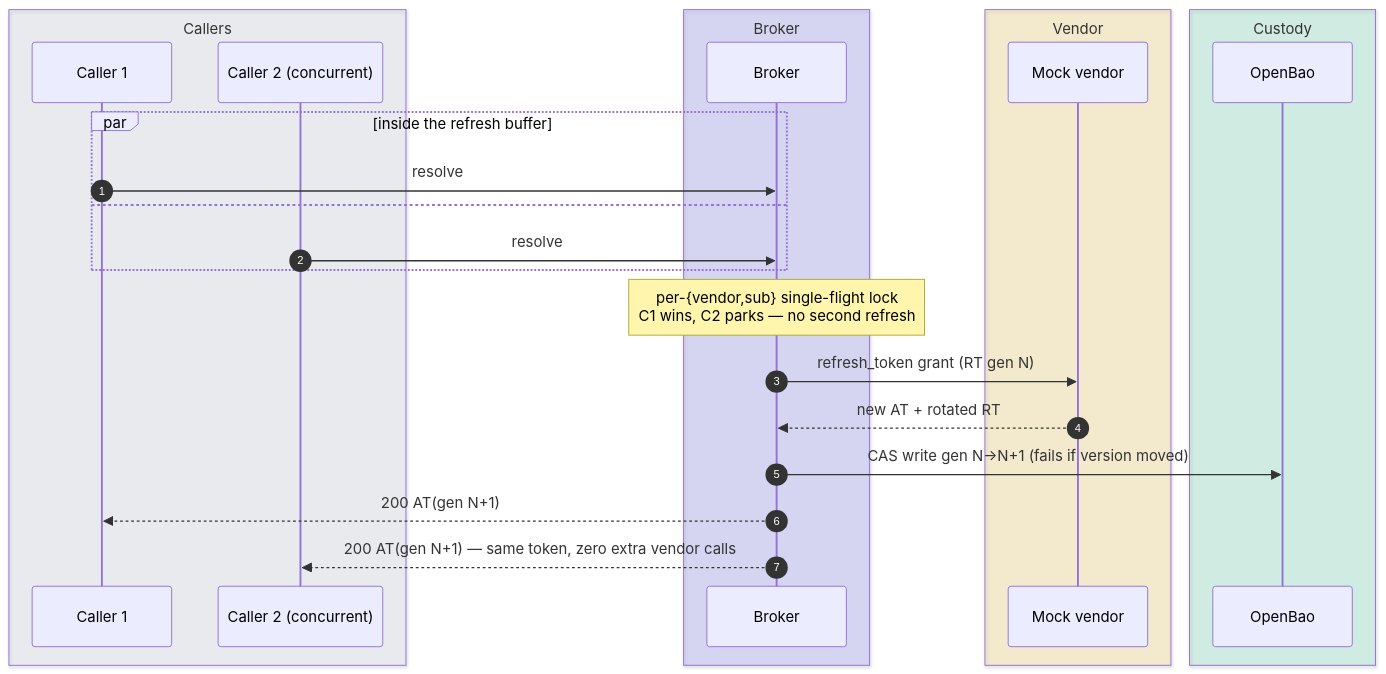
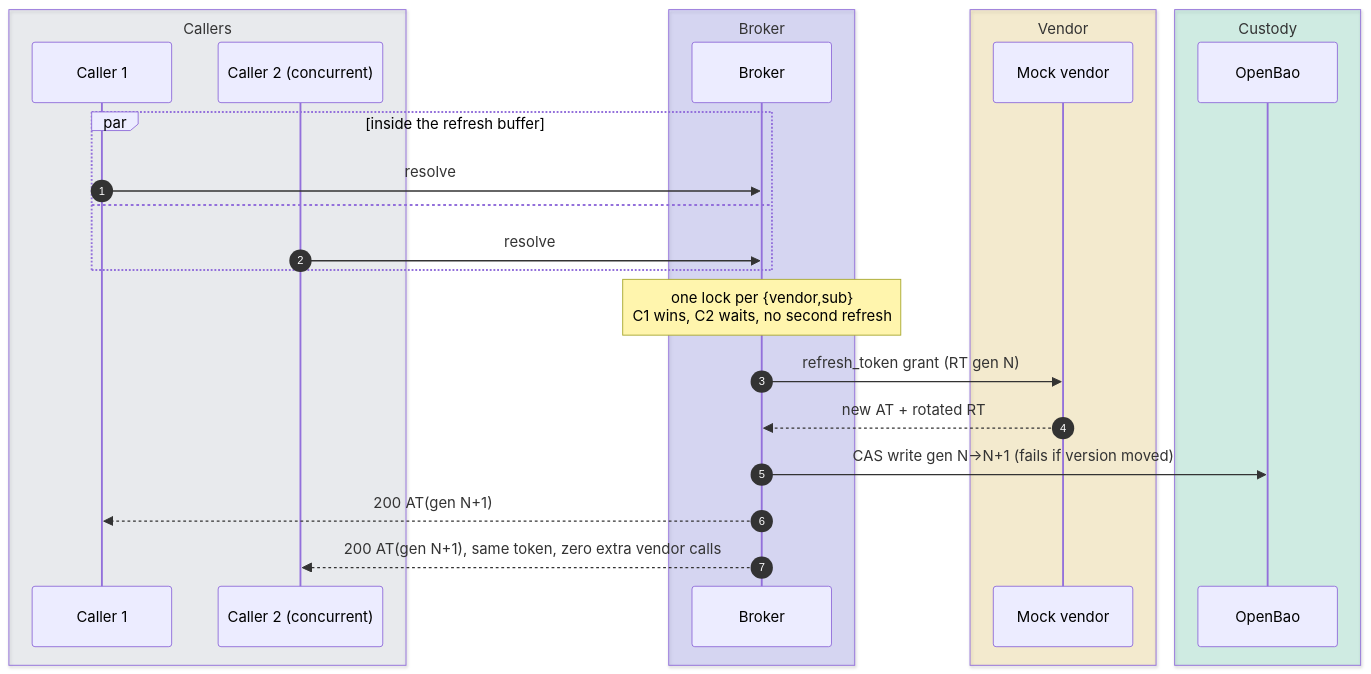
The fourth of 7 diagrams in docs/smoke-tests.md (chief-builder/vendor-token-broker), drawn with Mermaid before and after one commit. The commit also changed other lines of this file and 14 other files, not shown here.

````diff
--- a/docs/smoke-tests.md
+++ b/docs/smoke-tests.md
@@ -266,28 +302,28 @@
 ```mermaid
 sequenceDiagram
     autonumber
     box rgba(148,163,184,0.14) Callers
         participant C1 as Caller 1
         participant C2 as Caller 2 (concurrent)
     end
     box rgba(99,102,241,0.20) Broker
         participant B as Broker
     end
     box rgba(234,179,8,0.16) Vendor
         participant M as Mock vendor
     end
     box rgba(16,185,129,0.16) Custody
         participant V as OpenBao
     end
     par inside the refresh buffer
         C1->>B: resolve
     and
         C2->>B: resolve
     end
-    Note over B: per-{vendor,sub} single-flight lock<br/>C1 wins, C2 parks — no second refresh
+    Note over B: one lock per {vendor,sub}<br/>C1 wins, C2 waits, no second refresh
     B->>M: refresh_token grant (RT gen N)
     M-->>B: new AT + rotated RT
     B->>V: CAS write gen N→N+1 (fails if version moved)
     B-->>C1: 200 AT(gen N+1)
-    B-->>C2: 200 AT(gen N+1) — same token, zero extra vendor calls
+    B-->>C2: 200 AT(gen N+1), same token, zero extra vendor calls
 ```
````
